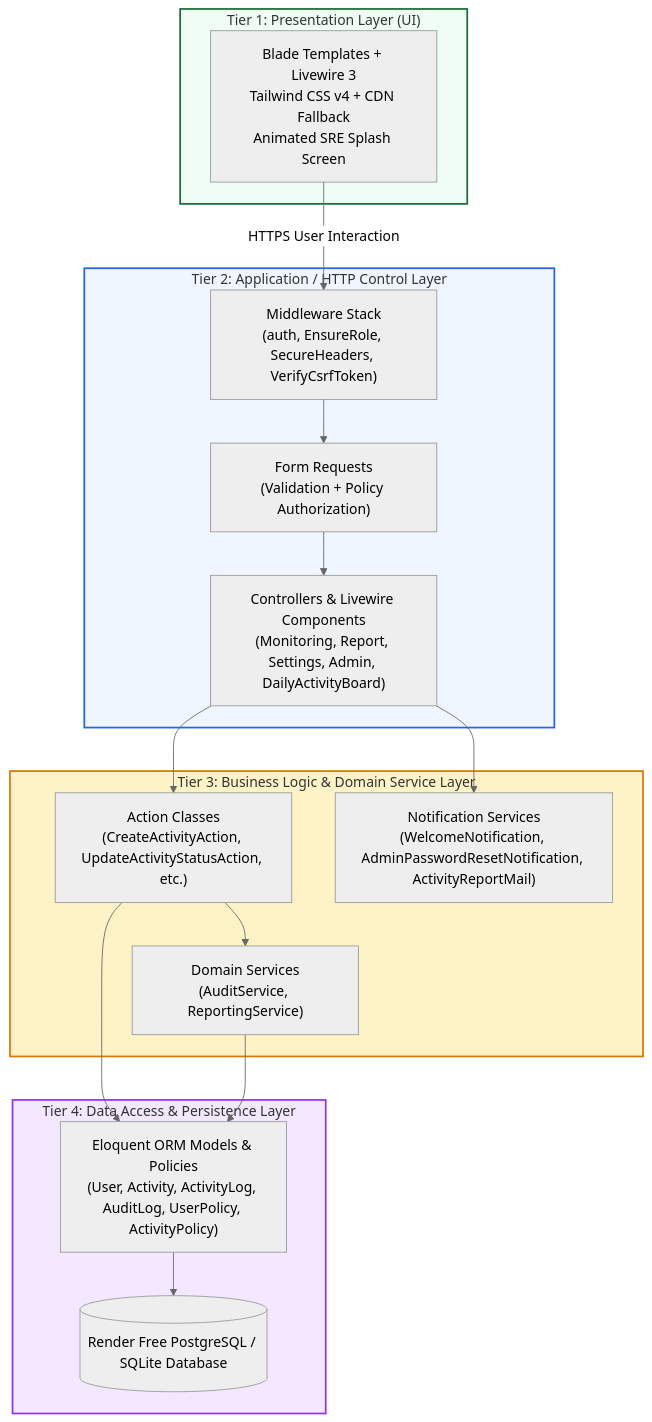
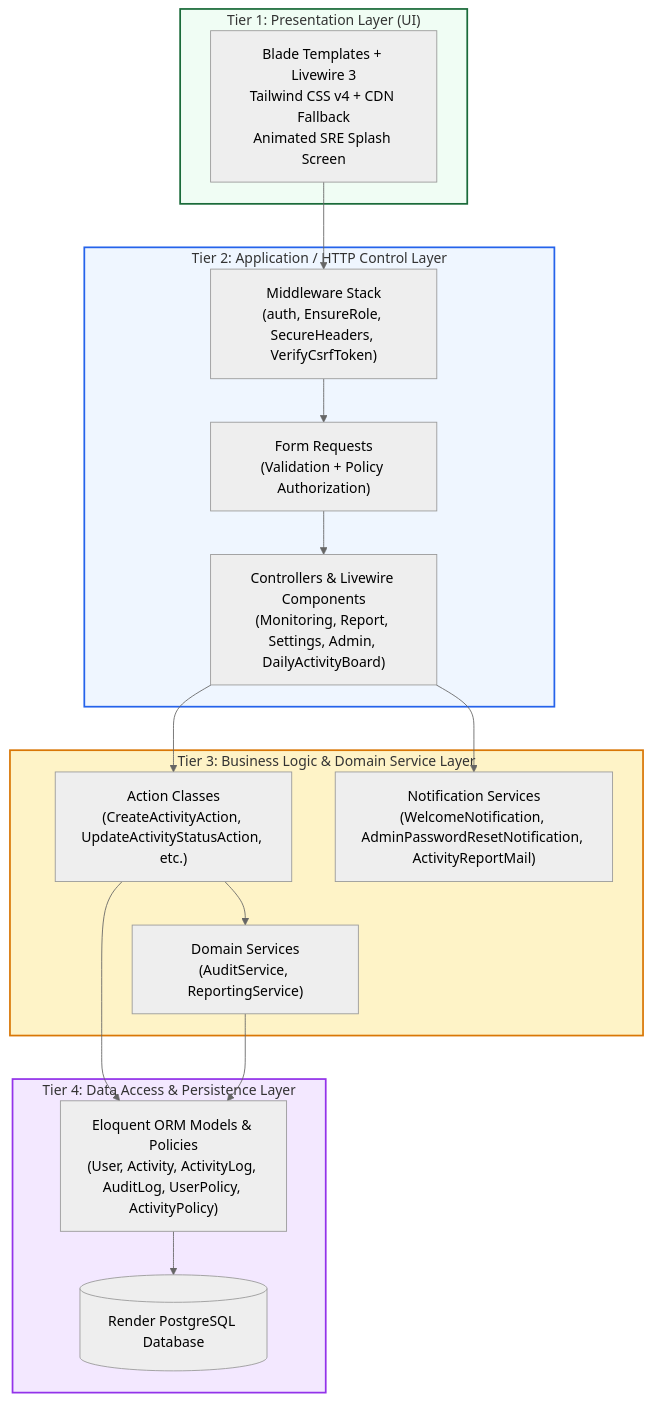
Before and after one commit to mhiskall282/npontu-technologies-sre: the second of 8 diagrams in docs/architecture.md, drawn with Mermaid (neutral theme). The commit also changed other lines of this file, not shown here.

Commit message:
docs(architecture): sanitize and standardize all 8 Mermaid diagrams for strict syntax compliance and responsive rendering

````diff
--- a/docs/architecture.md
+++ b/docs/architecture.md
@@ -85,38 +85,38 @@
 ```mermaid
 flowchart TB
     subgraph Tier1["Tier 1: Presentation Layer (UI)"]
-        UI["Blade Templates + Livewire 3\nTailwind CSS v4 + CDN Fallback\nAnimated SRE Splash Screen"]
+        UI["Blade Templates + Livewire 3<br/>Tailwind CSS v4 + CDN Fallback<br/>Animated SRE Splash Screen"]
     end
 
     subgraph Tier2["Tier 2: Application / HTTP Control Layer"]
-        MW["Middleware Stack\n(auth, EnsureRole, SecureHeaders, VerifyCsrfToken)"]
-        FR["Form Requests\n(Validation + Policy Authorization)"]
-        CTRL["Controllers & Livewire Components\n(Monitoring, Report, Settings, Admin, DailyActivityBoard)"]
+        MW["Middleware Stack<br/>(auth, EnsureRole, SecureHeaders, VerifyCsrfToken)"]
+        FR["Form Requests<br/>(Validation + Policy Authorization)"]
+        CTRL["Controllers & Livewire Components<br/>(Monitoring, Report, Settings, Admin, DailyActivityBoard)"]
     end
 
     subgraph Tier3["Tier 3: Business Logic & Domain Service Layer"]
-        ACT["Action Classes\n(CreateActivityAction, UpdateActivityStatusAction, etc.)"]
-        SVC["Domain Services\n(AuditService, ReportingService)"]
-        NOTIF["Notification Services\n(WelcomeNotification, AdminPasswordResetNotification, ActivityReportMail)"]
+        ACT["Action Classes<br/>(CreateActivityAction, UpdateActivityStatusAction, etc.)"]
+        SVC["Domain Services<br/>(AuditService, ReportingService)"]
+        NOTIF["Notification Services<br/>(WelcomeNotification, AdminPasswordResetNotification, ActivityReportMail)"]
     end
 
     subgraph Tier4["Tier 4: Data Access & Persistence Layer"]
-        MDL["Eloquent ORM Models & Policies\n(User, Activity, ActivityLog, AuditLog, UserPolicy, ActivityPolicy)"]
-        DB[(Render Free PostgreSQL / SQLite Database)]
+        MDL["Eloquent ORM Models & Policies<br/>(User, Activity, ActivityLog, AuditLog, UserPolicy, ActivityPolicy)"]
+        DB[("Render PostgreSQL Database")]
     end
 
-    UI -->|HTTPS User Interaction| MW
+    UI --> MW
     MW --> FR
     FR --> CTRL
     CTRL --> ACT
     CTRL --> NOTIF
     ACT --> SVC
     ACT --> MDL
     SVC --> MDL
     MDL --> DB
 
     style Tier1 fill:#f0fdf4,stroke:#1B6B3A,stroke-width:2px
     style Tier2 fill:#eff6ff,stroke:#2563eb,stroke-width:2px
     style Tier3 fill:#fef3c7,stroke:#d97706,stroke-width:2px
     style Tier4 fill:#f3e8ff,stroke:#9333ea,stroke-width:2px
 ```
````
